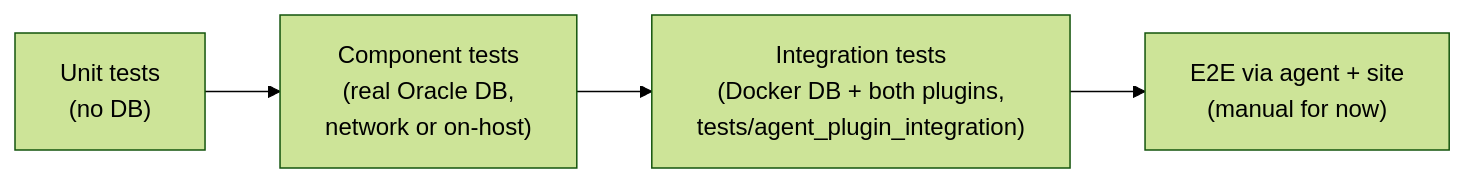
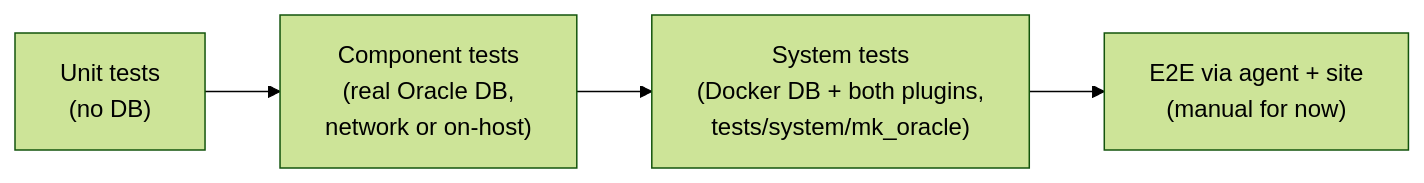
Before and after one commit to Checkmk/checkmk: the diagram in packages/mk-oracle/tests/README.md, drawn with Mermaid (forest theme). The commit also changed other lines of this file and 627 other files, not shown here.

First line of the commit message:
tests architecture: move tests to system/

````diff
--- a/packages/mk-oracle/tests/README.md
+++ b/packages/mk-oracle/tests/README.md
@@ -16,6 +16,6 @@
 ```mermaid
 flowchart LR
     U["Unit tests<br/>(no DB)"] --> C["Component tests<br/>(real Oracle DB,<br/>network or on-host)"]
-    C --> I["Integration tests<br/>(Docker DB + both plugins,<br/>tests/agent_plugin_integration)"]
+    C --> I["System tests<br/>(Docker DB + both plugins,<br/>tests/system/mk_oracle)"]
     I --> E["E2E via agent + site<br/>(manual for now)"]
 ```
````
